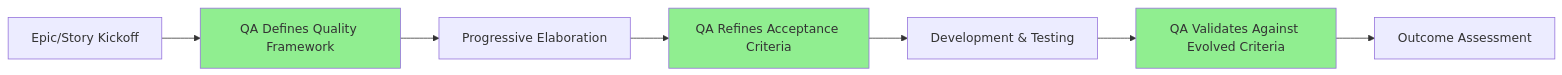
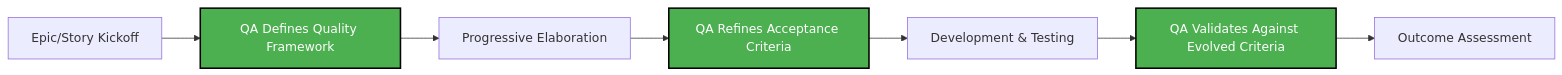
The seventh of 8 diagrams in README.md (benjgrad/EM), drawn with Mermaid before and after one commit. The commit also changed other lines of this file, not shown here.

````diff
--- a/README.md
+++ b/README.md
@@ -397,13 +390,13 @@
 ```mermaid
 graph LR
     A[Epic/Story Kickoff] --> B[QA Defines Quality Framework]
     B --> C[Progressive Elaboration]
     C --> D[QA Refines Acceptance Criteria]
     D --> E[Development & Testing]
     E --> F[QA Validates Against Evolved Criteria]
     F --> G[Outcome Assessment]
     
-    style B fill:#90EE90
-    style D fill:#90EE90
-    style F fill:#90EE90
+    style B fill:#4caf50,stroke:#000,stroke-width:2px,color:#fff
+    style D fill:#4caf50,stroke:#000,stroke-width:2px,color:#fff
+    style F fill:#4caf50,stroke:#000,stroke-width:2px,color:#fff
 ```
````
